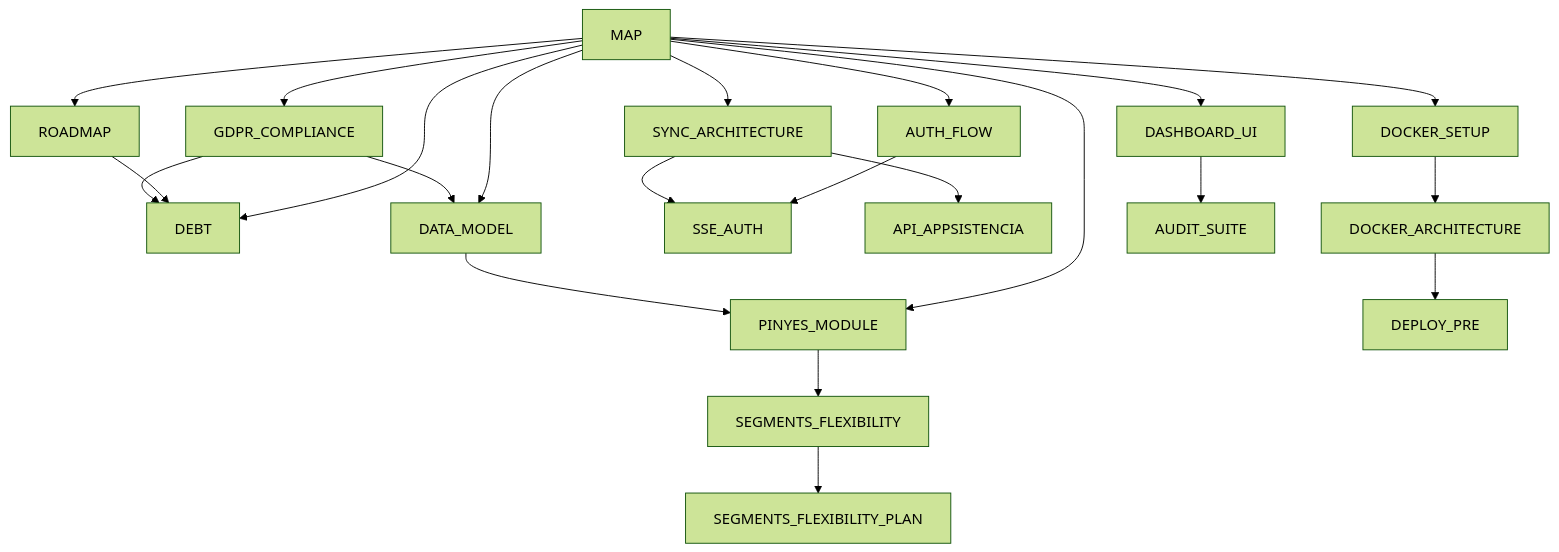
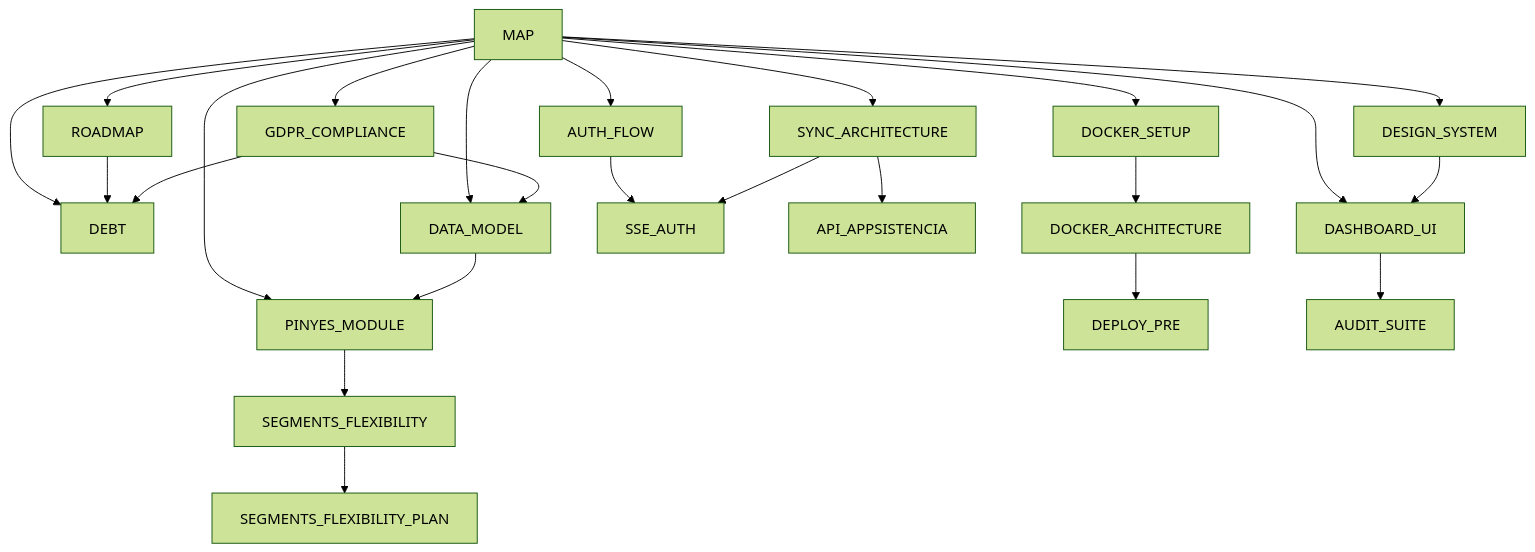
The diagram in docs/MAP.md (MuixerangaBarcelonaCat/MuixerApp), drawn with Mermaid (forest theme) before and after one commit. The commit also changed other lines of this file and 70 other files, not shown here.

````diff
--- a/docs/MAP.md
+++ b/docs/MAP.md
@@ -27,24 +27,26 @@
 ```mermaid
 graph TD
   MAP[MAP] --> ROADMAP
   MAP --> DEBT
   MAP --> DATA_MODEL
   MAP --> PINYES_MODULE
   MAP --> AUTH_FLOW
   MAP --> SYNC_ARCHITECTURE
   MAP --> DASHBOARD_UI
+  MAP --> DESIGN_SYSTEM
+  DESIGN_SYSTEM --> DASHBOARD_UI
   MAP --> DOCKER_SETUP
   DATA_MODEL --> PINYES_MODULE
   PINYES_MODULE --> SEGMENTS_FLEXIBILITY
   SEGMENTS_FLEXIBILITY --> SEGMENTS_FLEXIBILITY_PLAN
   AUTH_FLOW --> SSE_AUTH
   SYNC_ARCHITECTURE --> API_APPSISTENCIA
   SYNC_ARCHITECTURE --> SSE_AUTH
   DOCKER_SETUP --> DOCKER_ARCHITECTURE
   DOCKER_ARCHITECTURE --> DEPLOY_PRE
   DASHBOARD_UI --> AUDIT_SUITE
   ROADMAP --> DEBT
   MAP --> GDPR_COMPLIANCE
   GDPR_COMPLIANCE --> DATA_MODEL
   GDPR_COMPLIANCE --> DEBT
 ```
````
